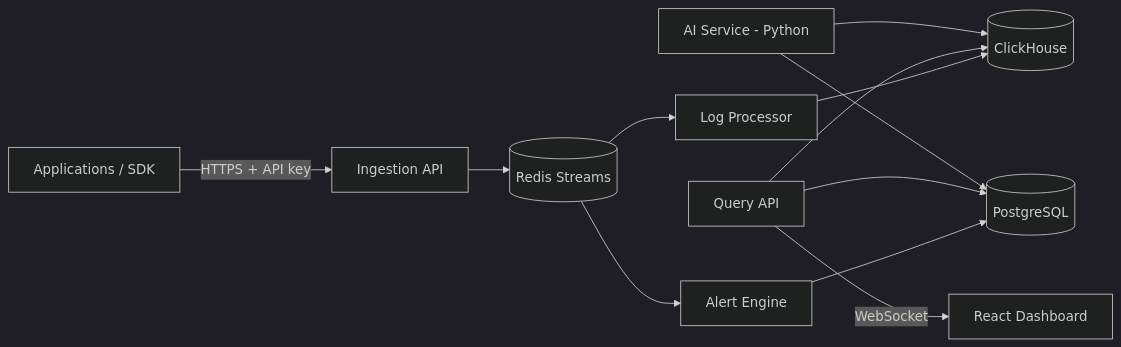
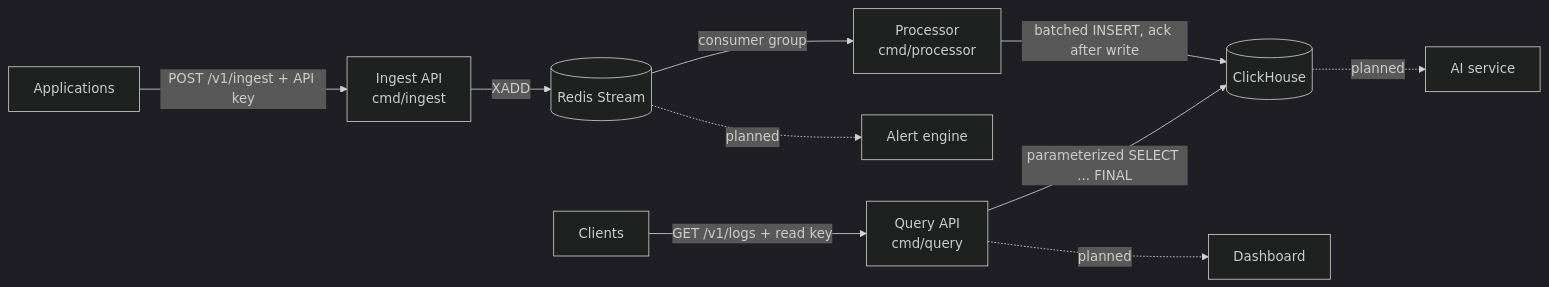
Before and after one commit to sinanturdu/logsage: the diagram in README.md, drawn with Mermaid (dark theme). The commit also changed other lines of this file and 4 other files, not shown here.

````diff
--- a/README.md
+++ b/README.md
@@ -13,14 +11,12 @@
 ```mermaid
 flowchart LR
-  A[Applications / SDK] -->|HTTPS + API key| B[Ingestion API]
-  B --> C[(Redis Streams)]
-  C --> D[Log Processor]
-  C --> E[Alert Engine]
-  D --> F[(ClickHouse)]
-  E --> G[(PostgreSQL)]
-  H[Query API] --> F
-  H --> G
-  H -->|WebSocket| I[React Dashboard]
-  J[AI Service - Python] --> F
-  J --> G
+  A[Applications] -->|POST /v1/ingest + API key| B[Ingest API<br/>cmd/ingest]
+  B -->|XADD| C[(Redis Stream)]
+  C -->|consumer group| D[Processor<br/>cmd/processor]
+  D -->|batched INSERT, ack after write| F[(ClickHouse)]
+  Q[Query API<br/>cmd/query] -->|parameterized SELECT ... FINAL| F
+  U[Clients] -->|GET /v1/logs + read key| Q
+  C -. planned .-> E[Alert engine]
+  F -. planned .-> J[AI service]
+  Q -. planned .-> I[Dashboard]
 ```
````
